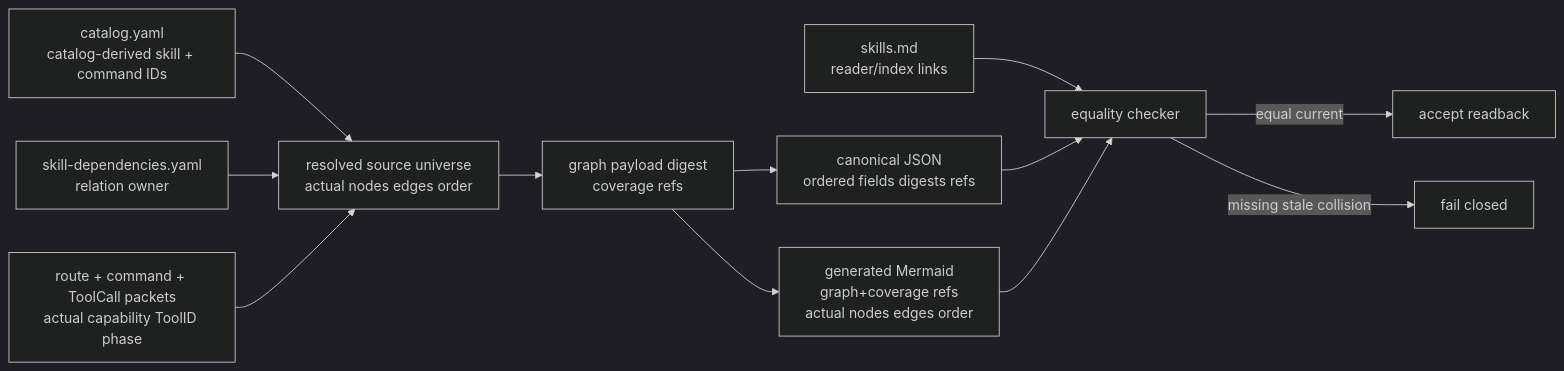
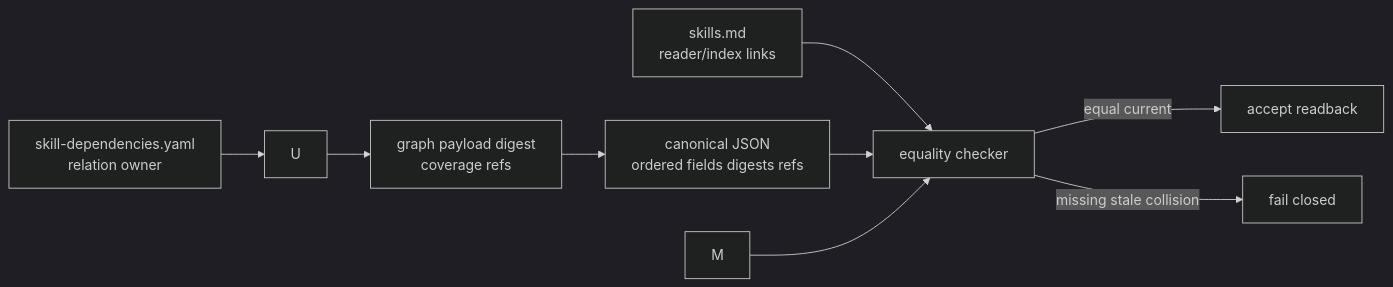
One commit to iwashita-nozomu/agent-canon changed the diagram in documents/design/skill-tool-invocation-graph.md. Above: the diagram before and after it, drawn with Mermaid (dark theme). The commit also changed other lines of this file and 3 other files, not shown here.

````diff
--- a/documents/design/skill-tool-invocation-graph.md
+++ b/documents/design/skill-tool-invocation-graph.md
@@ -198,14 +178,11 @@
 ```mermaid
 flowchart LR
-  C["catalog.yaml\ncatalog-derived skill + command IDs"] --> U["resolved source universe\nactual nodes edges order"]
   D["skill-dependencies.yaml\nrelation owner"] --> U
-  R["route + command + ToolCall packets\nactual capability ToolID phase"] --> U
   P["skills.md\nreader/index links"] --> K["equality checker"]
   U --> G["graph payload digest\ncoverage refs"]
   G --> J["canonical JSON\nordered fields digests refs"]
-  G --> M["generated Mermaid\ngraph+coverage refs\nactual nodes edges order"]
   J --> K
   M --> K
   K -->|equal current| A["accept readback"]
   K -->|missing stale collision| F["fail closed"]
 ```
````
